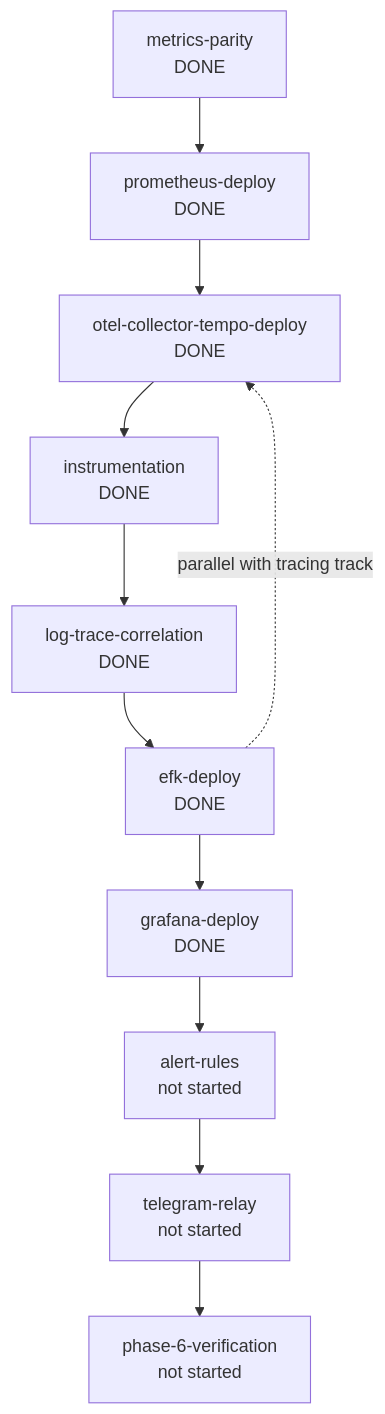
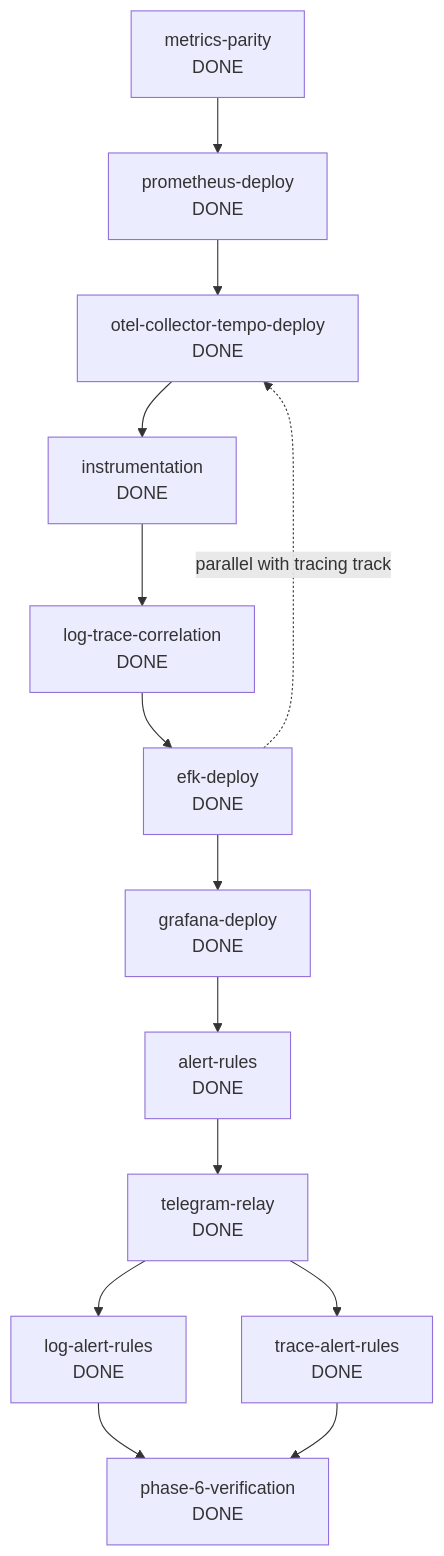
The second of 9 diagrams in docs/observation-architeture.md (akkien/aviron), drawn with Mermaid before and after one commit. The commit also changed other lines of this file and 4 other files, not shown here.

````diff
--- a/docs/observation-architeture.md
+++ b/docs/observation-architeture.md
@@ -114,13 +134,16 @@
 ```mermaid
 flowchart TD
     A["metrics-parity<br/>DONE"] --> B["prometheus-deploy<br/>DONE"]
     B --> D["otel-collector-tempo-deploy<br/>DONE"]
     C["efk-deploy<br/>DONE"] -.parallel with tracing track.-> D
     D --> E["instrumentation<br/>DONE"]
     E --> F["log-trace-correlation<br/>DONE"]
     F --> C
     C --> G["grafana-deploy<br/>DONE"]
-    G --> H["alert-rules<br/>not started"]
-    H --> I["telegram-relay<br/>not started"]
-    I --> J["phase-6-verification<br/>not started"]
+    G --> H["alert-rules<br/>DONE"]
+    H --> I["telegram-relay<br/>DONE"]
+    I --> K["log-alert-rules<br/>DONE"]
+    I --> L["trace-alert-rules<br/>DONE"]
+    K --> J["phase-6-verification<br/>DONE"]
+    L --> J
 ```
````
